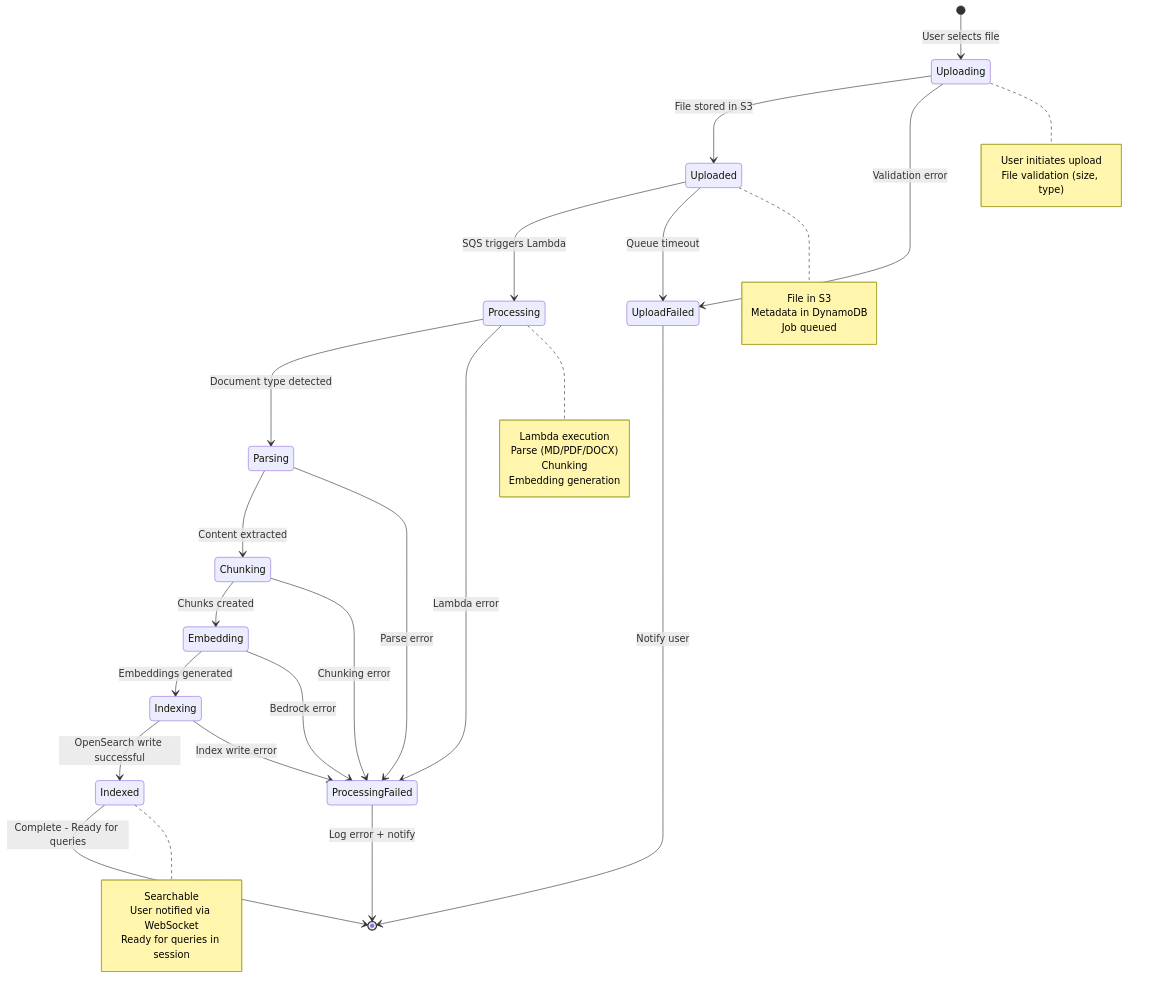
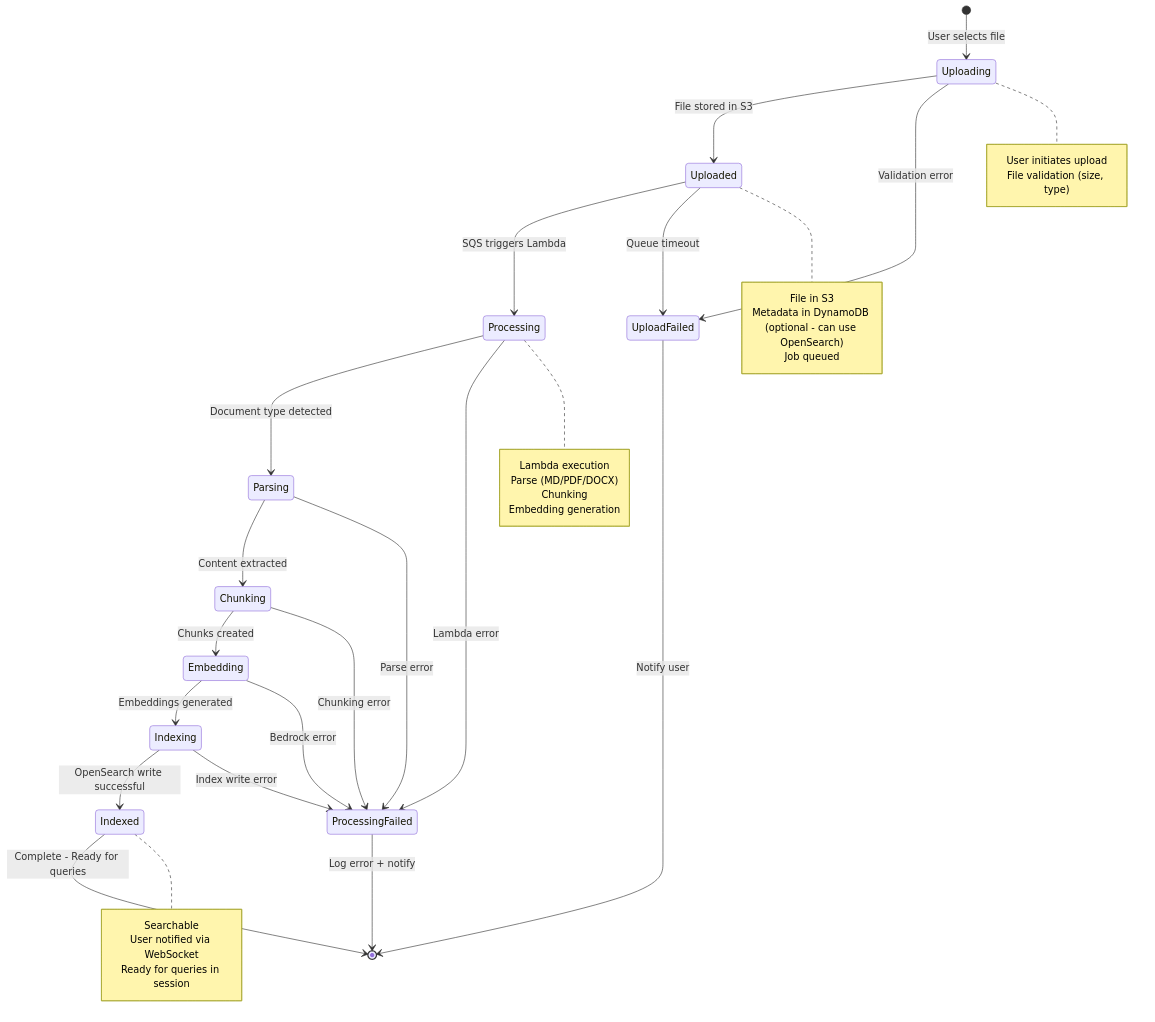
One commit to anguyenbus/ragflowdemo changed the third of 3 diagrams in docs/upload_doc_midchat.md. Above: the diagram before and after it, drawn with Mermaid. The commit also changed other lines of this file, not shown here.

````diff
--- a/docs/upload_doc_midchat.md
+++ b/docs/upload_doc_midchat.md
@@ -140,54 +140,54 @@
 ```mermaid
 stateDiagram-v2
     [*] --> Uploading: User selects file
 
     Uploading --> Uploaded: File stored in S3
     Uploading --> UploadFailed: Validation error
 
     Uploaded --> Processing: SQS triggers Lambda
     Uploaded --> UploadFailed: Queue timeout
 
     Processing --> Parsing: Document type detected
     Processing --> ProcessingFailed: Lambda error
 
     Parsing --> Chunking: Content extracted
     Parsing --> ProcessingFailed: Parse error
 
     Chunking --> Embedding: Chunks created
     Chunking --> ProcessingFailed: Chunking error
 
     Embedding --> Indexing: Embeddings generated
     Embedding --> ProcessingFailed: Bedrock error
 
     Indexing --> Indexed: OpenSearch write successful
     Indexing --> ProcessingFailed: Index write error
 
     Indexed --> [*]: Complete - Ready for queries
 
     UploadFailed --> [*]: Notify user
     ProcessingFailed --> [*]: Log error + notify
 
     note right of Uploading
         User initiates upload
         File validation (size, type)
     end note
 
     note right of Uploaded
         File in S3
-        Metadata in DynamoDB
+        Metadata in DynamoDB (optional - can use OpenSearch)
         Job queued
     end note
 
     note right of Processing
         Lambda execution
         Parse (MD/PDF/DOCX)
         Chunking
         Embedding generation
     end note
 
     note right of Indexed
         Searchable
         User notified via WebSocket
         Ready for queries in session
     end note
 ```
````
